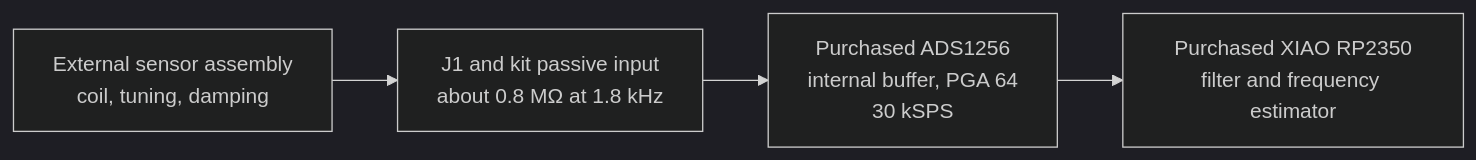
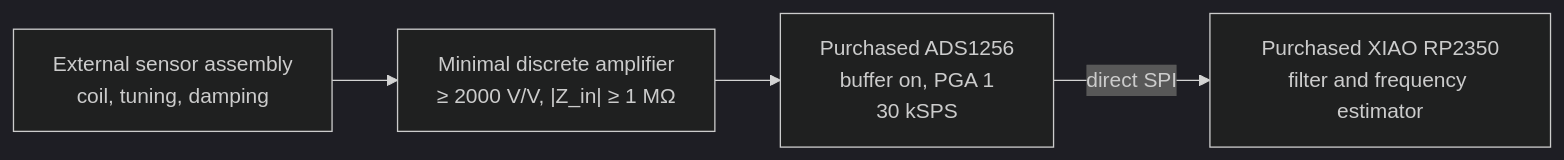
One commit to ethanewer/ece455 changed the first of 2 diagrams in docs/receiver-estimator-slides.md. Above: the diagram before and after it, drawn with Mermaid (dark theme). The commit also changed other lines of this file and 28 other files, not shown here.

First line of the commit message:
Replace receiver with minimal discrete high-impedance amplifier

````diff
--- a/docs/receiver-estimator-slides.md
+++ b/docs/receiver-estimator-slides.md
@@ -3,6 +3,6 @@
 ```mermaid
 flowchart LR
-  ext["External sensor assembly<br/>coil, tuning, damping"] --> input["J1 and kit passive input<br/>about 0.8 MΩ at 1.8 kHz"]
-  input --> adc["Purchased ADS1256<br/>internal buffer, PGA 64<br/>30 kSPS"]
-  adc --> xiao["Purchased XIAO RP2350<br/>filter and frequency estimator"]
+  ext["External sensor assembly<br/>coil, tuning, damping"] --> amp["Minimal discrete amplifier<br/>≥ 2000 V/V, |Z_in| ≥ 1 MΩ"]
+  amp --> adc["Purchased ADS1256<br/>buffer on, PGA 1<br/>30 kSPS"]
+  adc -->|direct SPI| xiao["Purchased XIAO RP2350<br/>filter and frequency estimator"]
 ```
````
